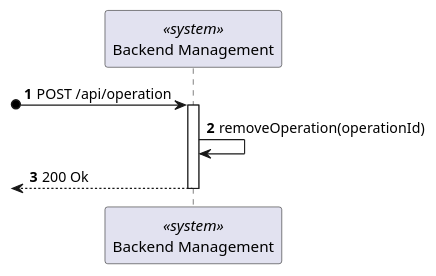
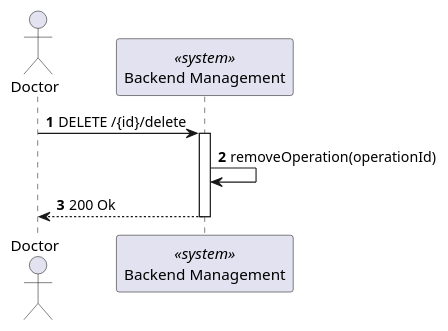
One commit to Lapr5G21/sem5pi-24-25-3ddg21 changed the diagram in docs/OperationRemove/views/level2/process-view.puml. Above: the diagram before and after it, drawn with PlantUML. The commit also changed 28 other files, not shown here.

```diff
--- a/docs/OperationRemove/views/level2/process-view.puml
+++ b/docs/OperationRemove/views/level2/process-view.puml
@@ -1,14 +1,15 @@
 @startuml
 
 autonumber
+Actor Doctor as "Doctor"
 participant SYS as "Backend Management" <<system>>
 
-?o-> SYS : POST /api/operation
+Doctor-> SYS : DELETE /{id}/delete
 activate SYS
 
 SYS -> SYS : removeOperation(operationId)
-<-- SYS : 200 Ok
+Doctor<-- SYS : 200 Ok
 deactivate SYS
 
 
 @enduml
```
